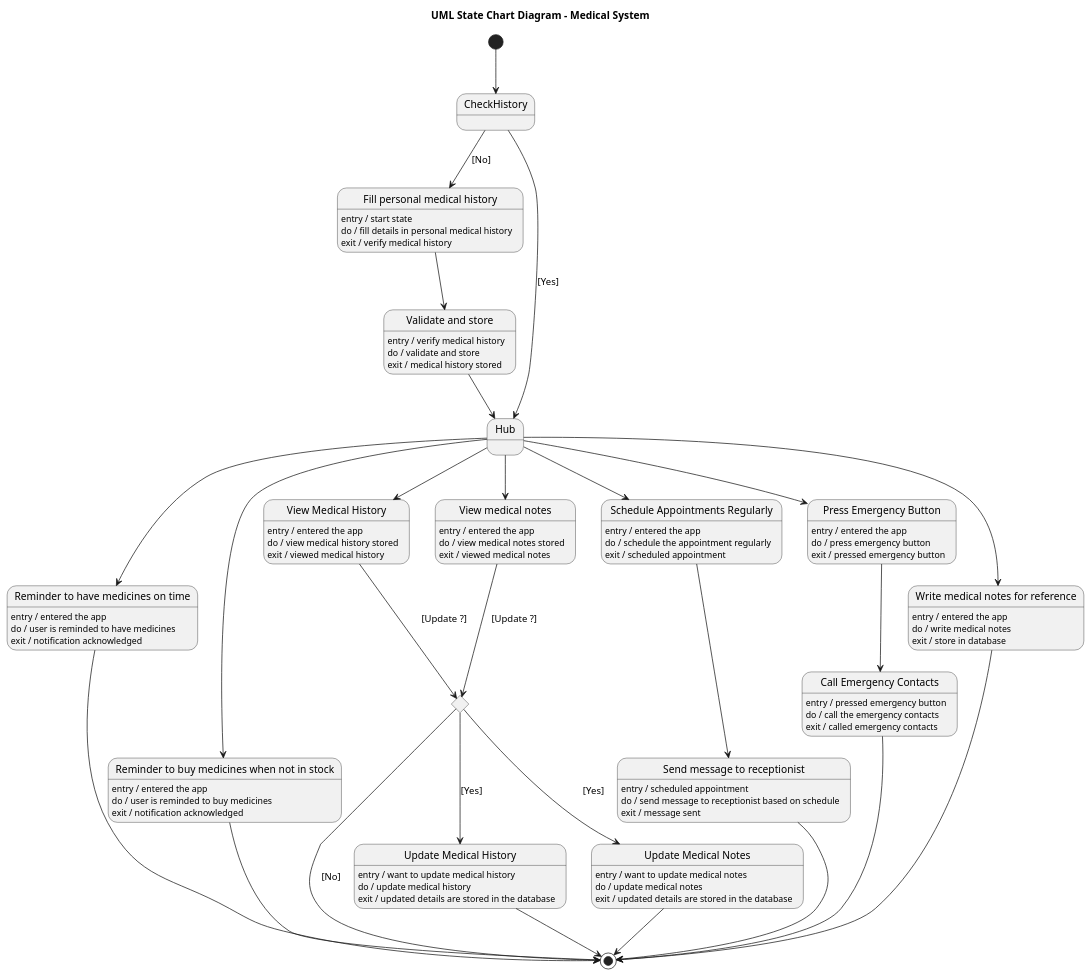
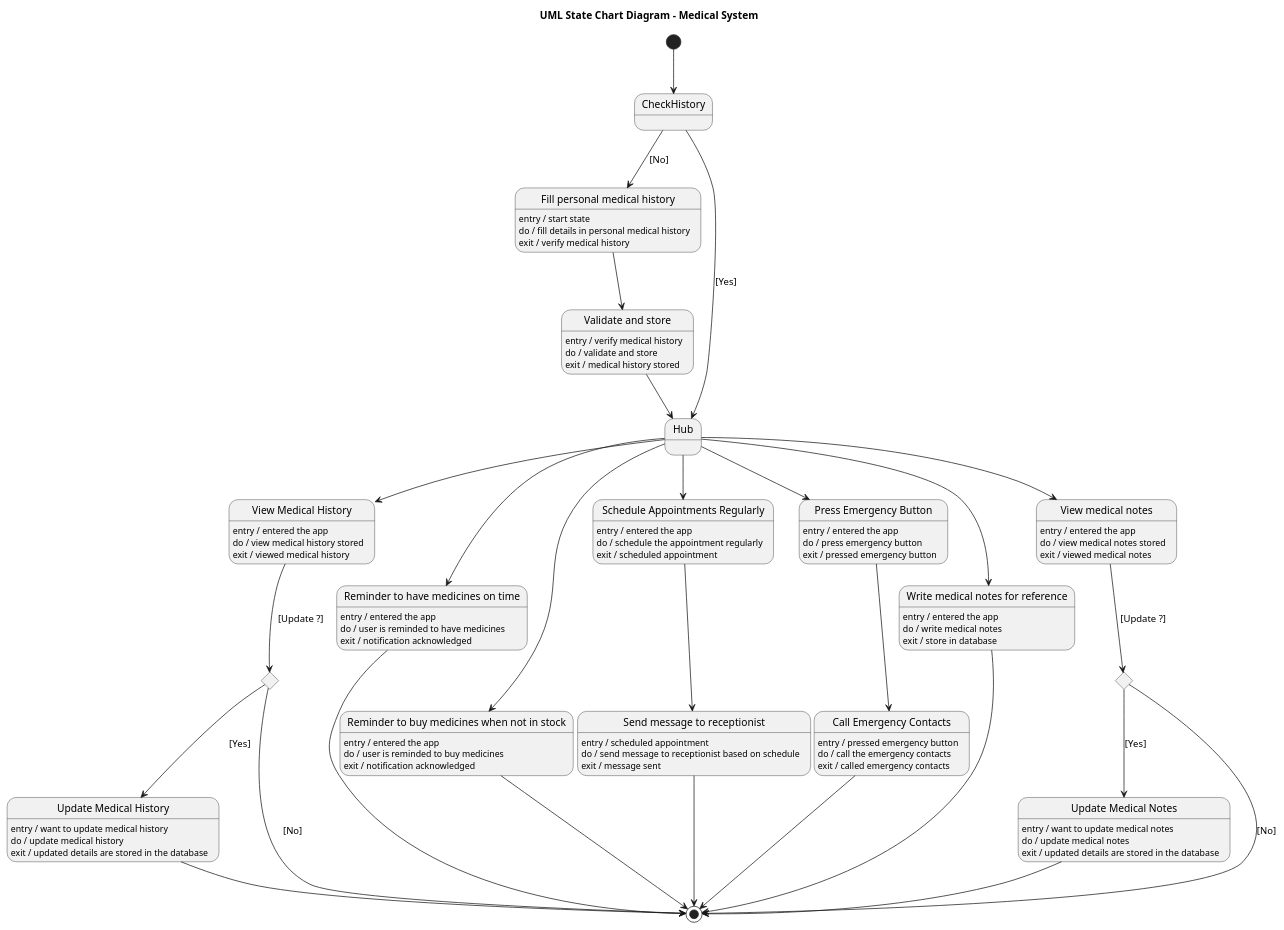
The diagram in dataset/case_26_e_med_medical_assistance_tool/diagram.puml (maimunafaria/State_transition_Diagram_generated_by_LLM), drawn with PlantUML before and after one commit. The commit also changed 21 other files, not shown here.

```diff
--- a/dataset/case_26_e_med_medical_assistance_tool/diagram.puml
+++ b/dataset/case_26_e_med_medical_assistance_tool/diagram.puml
@@ -1,108 +1,108 @@
 @startuml
 title UML State Chart Diagram - Medical System
 
 [*] --> CheckHistory
 
 state CheckHistory <<choice>>
 CheckHistory --> FillHistory : [No]
 CheckHistory --> Hub : [Yes]
 
 state "Fill personal medical history" as FillHistory
 FillHistory : entry / start state
 FillHistory : do / fill details in personal medical history
 FillHistory : exit / verify medical history
 
 state "Validate and store" as ValidateStore
 ValidateStore : entry / verify medical history
 ValidateStore : do / validate and store
 ValidateStore : exit / medical history stored
 
 FillHistory --> ValidateStore
 ValidateStore --> Hub
 
 state Hub <<choice>>
 
 state "View Medical History" as ViewHistory
 ViewHistory : entry / entered the app
 ViewHistory : do / view medical history stored
 ViewHistory : exit / viewed medical history
 
 state "Reminder to have medicines on time" as ReminderTime
 ReminderTime : entry / entered the app
 ReminderTime : do / user is reminded to have medicines
 ReminderTime : exit / notification acknowledged
 
 state "Reminder to buy medicines when not in stock" as ReminderBuy
 ReminderBuy : entry / entered the app
 ReminderBuy : do / user is reminded to buy medicines
 ReminderBuy : exit / notification acknowledged
 
 state "Schedule Appointments Regularly" as Schedule
 Schedule : entry / entered the app
 Schedule : do / schedule the appointment regularly
 Schedule : exit / scheduled appointment
 
 state "Press Emergency Button" as Emergency
 Emergency : entry / entered the app
 Emergency : do / press emergency button
 Emergency : exit / pressed emergency button
 
 state "Write medical notes for reference" as WriteNotes
 WriteNotes : entry / entered the app
 WriteNotes : do / write medical notes
 WriteNotes : exit / store in database
 
 state "View medical notes" as ViewNotes
 ViewNotes : entry / entered the app
 ViewNotes : do / view medical notes stored
 ViewNotes : exit / viewed medical notes
 
 state "Send message to receptionist" as MessageReception
 MessageReception : entry / scheduled appointment
 MessageReception : do / send message to receptionist based on schedule
 MessageReception : exit / message sent
 
 state "Call Emergency Contacts" as CallEmergency
 CallEmergency : entry / pressed emergency button
 CallEmergency : do / call the emergency contacts
 CallEmergency : exit / called emergency contacts
 
 state "Update Medical History" as UpdateHistory
 UpdateHistory : entry / want to update medical history
 UpdateHistory : do / update medical history
 UpdateHistory : exit / updated details are stored in the database
 
 state "Update Medical Notes" as UpdateNotes
 UpdateNotes : entry / want to update medical notes
 UpdateNotes : do / update medical notes
 UpdateNotes : exit / updated details are stored in the database
 
 state UpdateChoice <<choice>>
-
+state UpdateChoice1 <<choice>>
 Hub --> ViewHistory
 Hub --> ReminderTime
 Hub --> ReminderBuy
 Hub --> Schedule
 Hub --> Emergency
 Hub --> WriteNotes
 Hub --> ViewNotes
 
 Schedule --> MessageReception
 Emergency --> CallEmergency
 
 ViewHistory --> UpdateChoice : [Update ?]
-ViewNotes --> UpdateChoice : [Update ?]
+ViewNotes --> UpdateChoice1 : [Update ?]
 
 UpdateChoice --> UpdateHistory : [Yes]
-UpdateChoice --> UpdateNotes : [Yes]
+UpdateChoice1 --> UpdateNotes : [Yes]
 UpdateChoice --> [*] : [No]
-
+UpdateChoice1 --> [*] : [No]
 ReminderTime --> [*]
 ReminderBuy --> [*]
 WriteNotes --> [*]
 MessageReception --> [*]
 CallEmergency --> [*]
 UpdateHistory --> [*]
 UpdateNotes --> [*]
 
 @enduml
```
